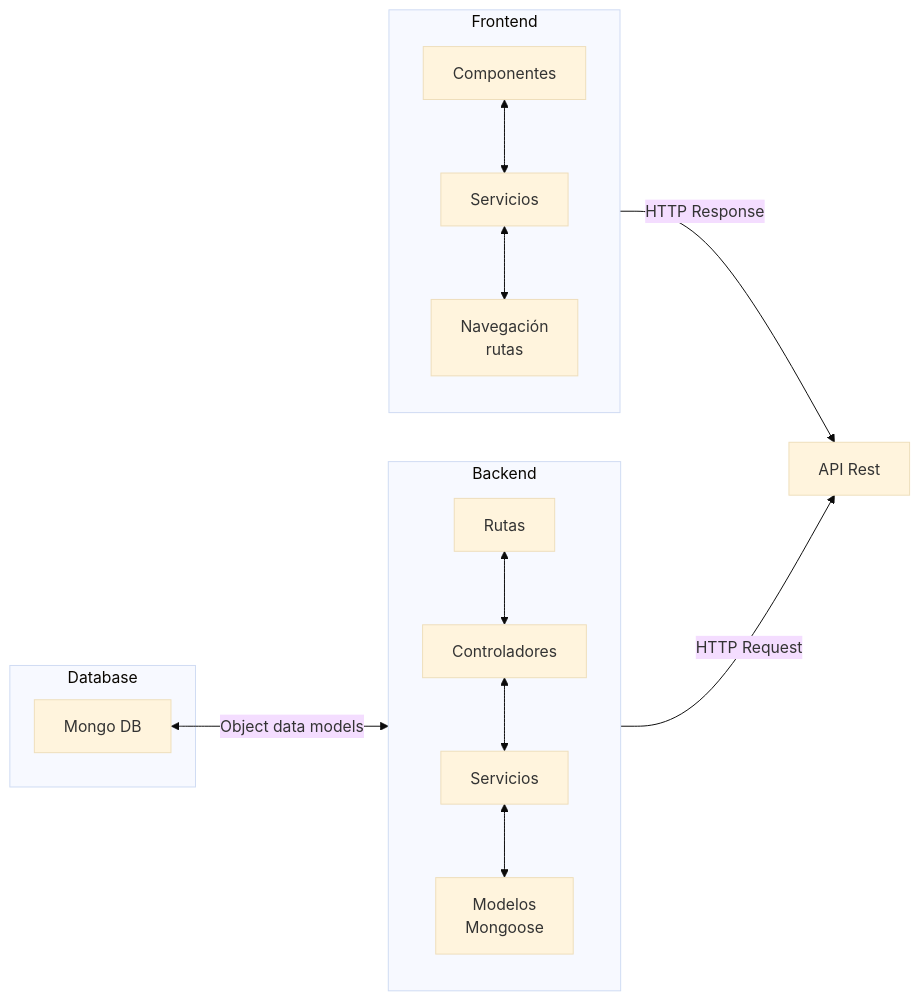
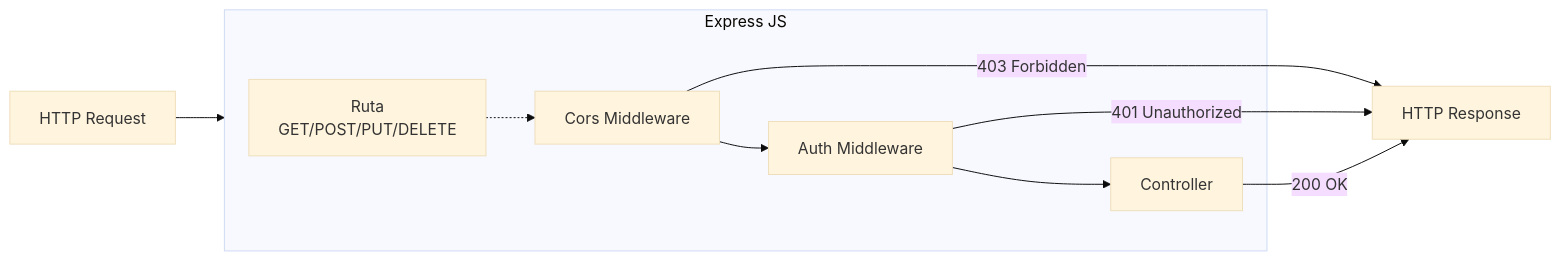
The diagram in Guia5/README.md (GuiasTesisMERN/guias), drawn with Mermaid (base theme) before and after one commit. The commit also changed other lines of this file and 31 other files, not shown here.

````diff
--- a/Guia5/README.md
+++ b/Guia5/README.md
@@ -1,21 +1,12 @@
 ```mermaid
 flowchart LR
-    subgraph db[Database]
-        mongo[Mongo DB]
+    http_req[HTTP Request] --> express
+    subgraph express[Express JS]
+        ruta[Ruta \n GET/POST/PUT/DELETE]-.->cors[Cors Middleware]
+        cors-->auth[Auth Middleware]
+        auth-->main[Controller]
     end
-    subgraph back[Backend]
-        direction BT
-        mongo<--Object data models-->models[Modelos \n Mongoose]
-        models<-->servicesB[Servicios]
-        servicesB<-->controller[Controladores]
-        controller<-->router[Rutas]
-    end
-    
-    back--HTTP Request-->api[API Rest]
-    front--HTTP Response-->api
-
-    subgraph front[Frontend]
-        components[Componentes]<-->servicesF[Servicios]
-        servicesF<-->routerF[Navegación \n rutas]
-    end
+    cors--403 Forbidden-->http_res[HTTP Response]
+    auth--401 Unauthorized-->http_res
+    main--200 OK-->http_res
 ```
````
